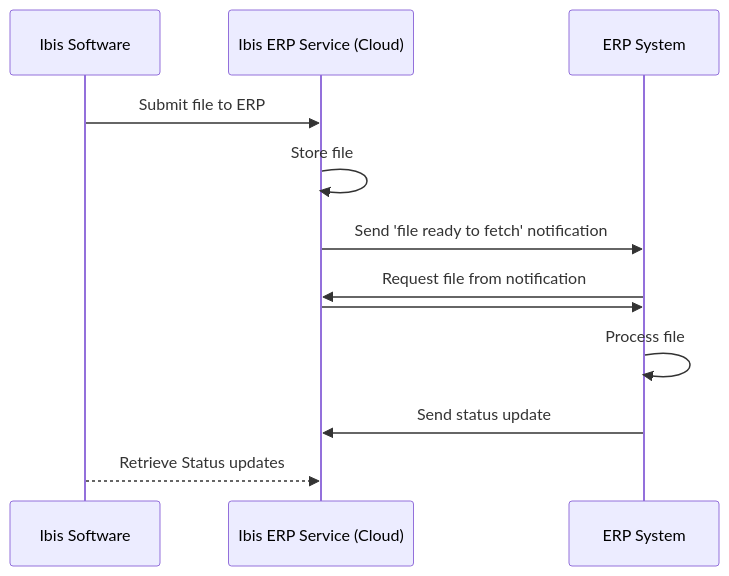
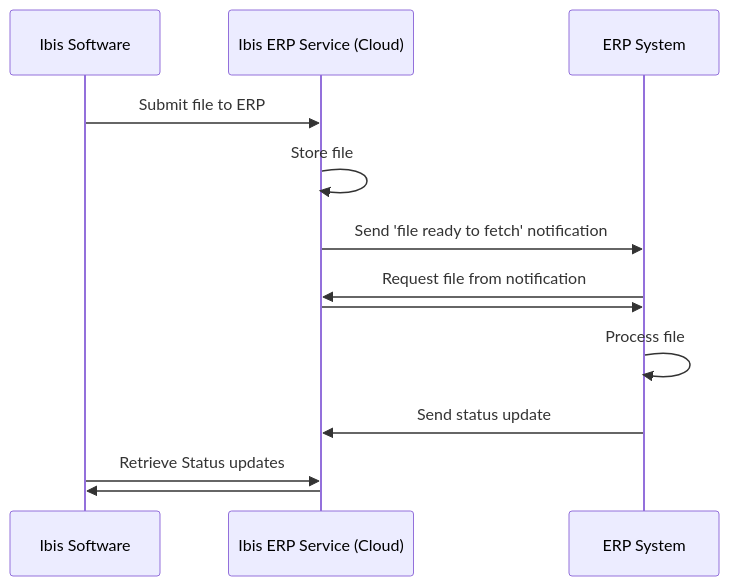
One commit to Brink-Software/Ibis.Dataservice.Demo changed the diagram in README.md. Above: the diagram before and after it, drawn with Mermaid.

````diff
--- a/README.md
+++ b/README.md
@@ -12,11 +12,12 @@
 ```mermaid
 sequenceDiagram
   Ibis Software->>Ibis ERP Service (Cloud): Submit file to ERP
   Ibis ERP Service (Cloud)->>Ibis ERP Service (Cloud): Store file
   Ibis ERP Service (Cloud)->>ERP System:Send 'file ready to fetch' notification
   ERP System->>Ibis ERP Service (Cloud): Request file from notification
   Ibis ERP Service (Cloud)->>ERP System: 
   ERP System->>ERP System: Process file
   ERP System->>Ibis ERP Service (Cloud): Send status update
-  Ibis Software -->> Ibis ERP Service (Cloud): Retrieve Status updates
+  Ibis Software ->> Ibis ERP Service (Cloud): Retrieve Status updates
+  Ibis ERP Service (Cloud) ->> Ibis Software: 
 ```
````
